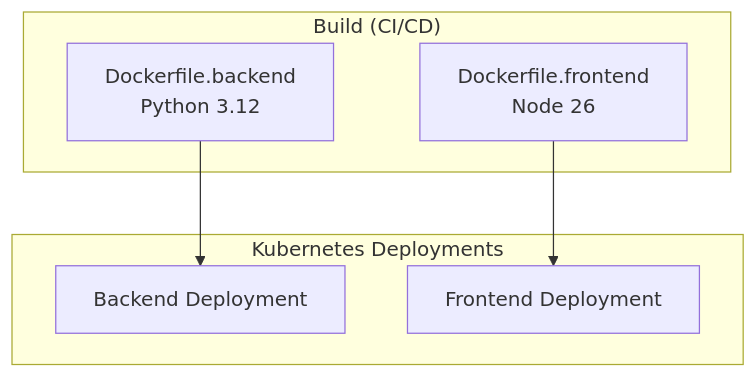
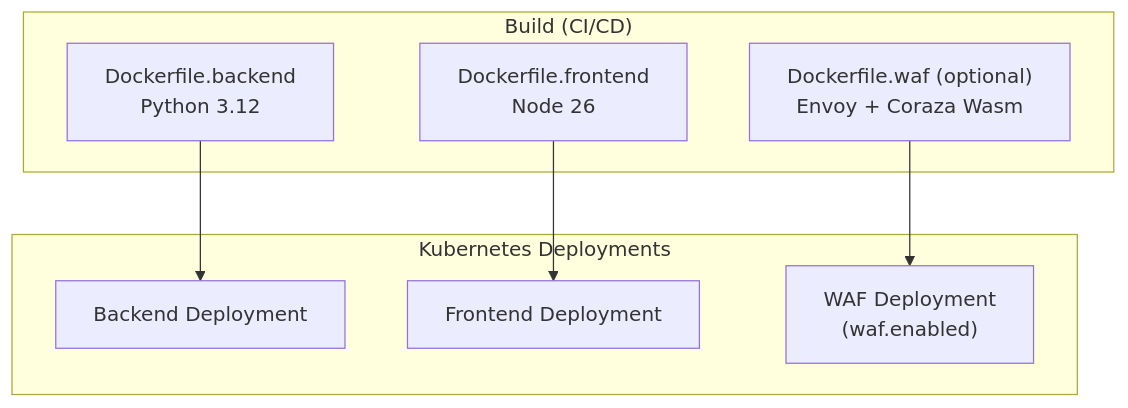
Before and after one commit to berserkhmdvhb/fullstack_template: the first of 3 diagrams in wiki/containerization.md, drawn with Mermaid. The commit also changed other lines of this file and 20 other files, not shown here.

First line of the commit message:
fix(waf): body limits end to end, Envoy tag versioning, narrow healthcheck exemption, restored tests

````diff
--- a/wiki/containerization.md
+++ b/wiki/containerization.md
@@ -28,15 +28,18 @@
 ```mermaid
 flowchart TB
     subgraph Build["Build (CI/CD)"]
         BackendBuild["Dockerfile.backend<br/>Python 3.12"]
         FrontendBuild["Dockerfile.frontend<br/>Node 26"]
+        WafBuild["Dockerfile.waf (optional)<br/>Envoy + Coraza Wasm"]
     end
 
     subgraph K8s["Kubernetes Deployments"]
         Backend["Backend Deployment"]
         Frontend["Frontend Deployment"]
+        Waf["WAF Deployment<br/>(waf.enabled)"]
     end
 
     BackendBuild --> Backend
     FrontendBuild --> Frontend
+    WafBuild --> Waf
 ```
````
